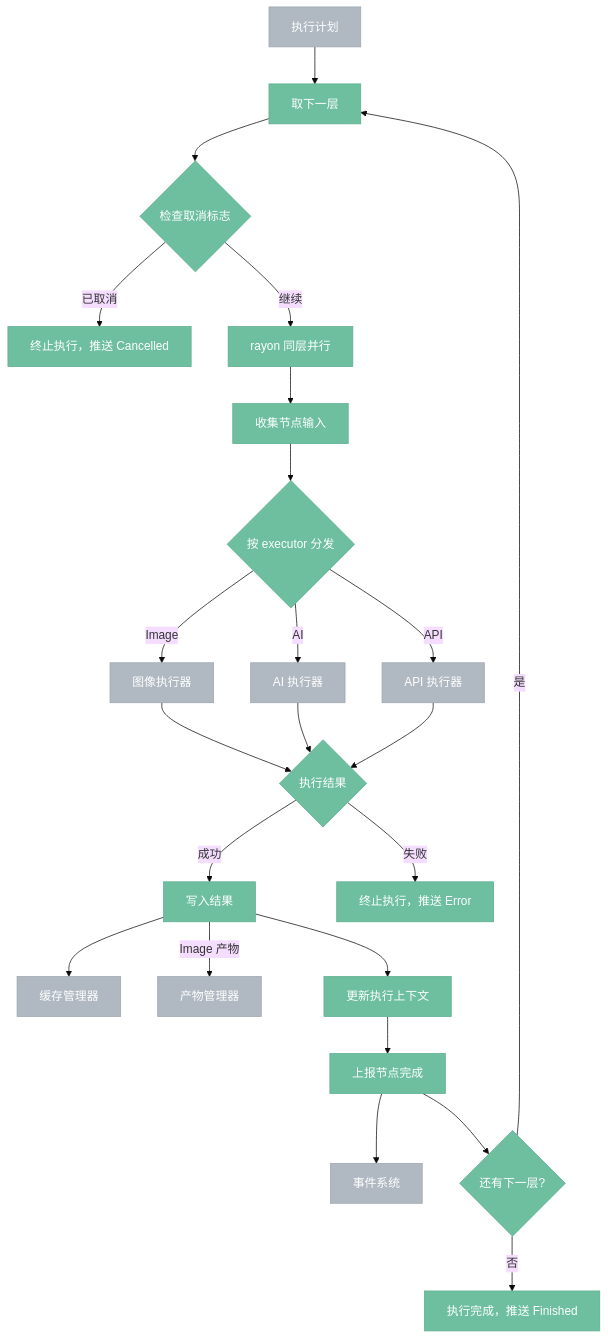
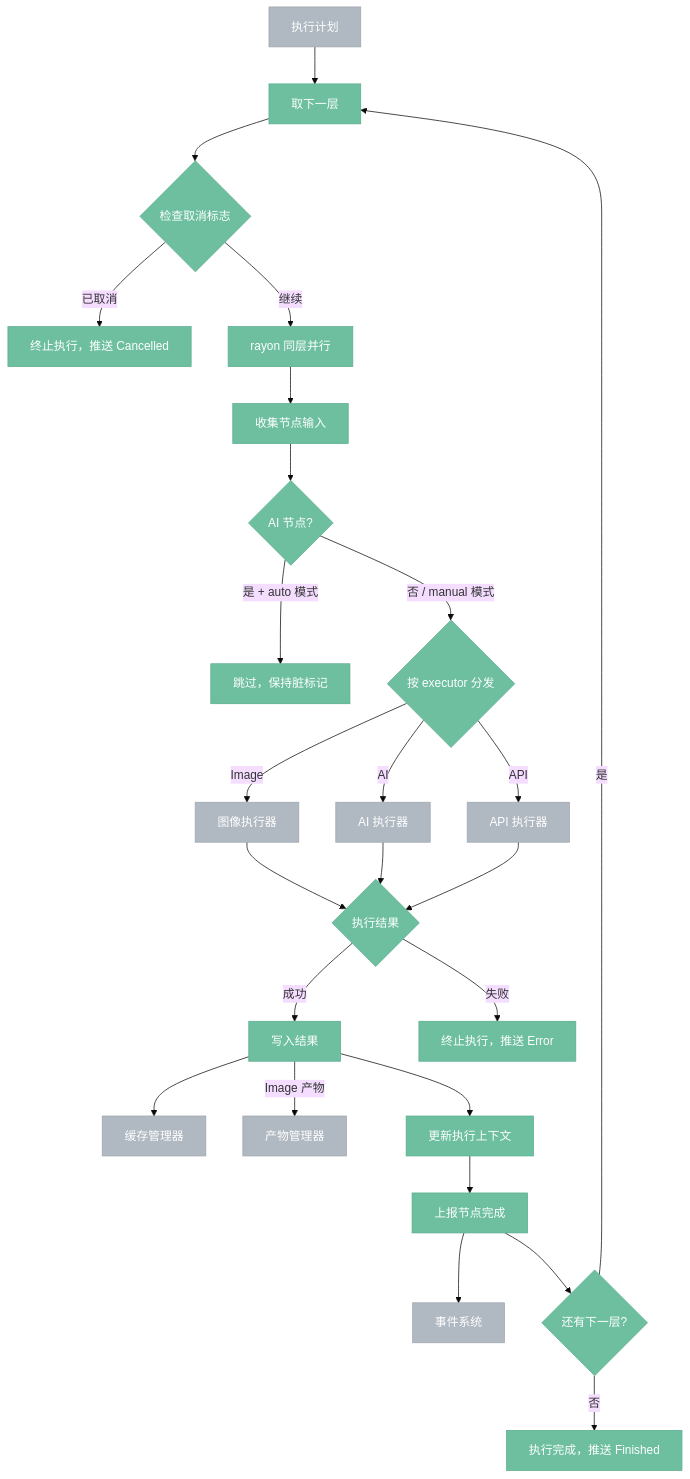
One commit to aporicho/nodeimg changed the fourth of 5 diagrams in docs/targetv3/401-scheduler.md. Above: the diagram before and after it, drawn with Mermaid (base theme). The commit also changed other lines of this file and 3 other files, not shown here.

````diff
--- a/docs/targetv3/401-scheduler.md
+++ b/docs/targetv3/401-scheduler.md
@@ -91,37 +93,39 @@
 ```mermaid
 %%{ init: { 'flowchart': { 'curve': 'basis' } } }%%
 flowchart TB
     classDef internal fill:#6DBFA0,stroke:#5BAD8E,color:#fff
     classDef external fill:#B0B8C1,stroke:#9EA6AF,color:#fff
 
     计划["执行计划"]:::external --> 取层["取下一层"]:::internal
 
     取层 --> 检查取消{"检查取消标志"}:::internal
     检查取消 -->|"已取消"| 终止["终止执行，推送 Cancelled"]:::internal
     检查取消 -->|"继续"| 并行["rayon 同层并行"]:::internal
 
     并行 --> 收集输入["收集节点输入"]:::internal
-    收集输入 --> 分发{"按 executor 分发"}:::internal
+    收集输入 --> 是否AI{"AI 节点?"}:::internal
+    是否AI -->|"是 + auto 模式"| 跳过["跳过，保持脏标记"]:::internal
+    是否AI -->|"否 / manual 模式"| 分发{"按 executor 分发"}:::internal
 
     分发 -->|"Image"| 图像执行器["图像执行器"]:::external
     分发 -->|"AI"| AI执行器["AI 执行器"]:::external
     分发 -->|"API"| API执行器["API 执行器"]:::external
 
     图像执行器 --> 结果判断{"执行结果"}:::internal
     AI执行器 --> 结果判断
     API执行器 --> 结果判断
 
     结果判断 -->|"成功"| 写结果["写入结果"]:::internal
     结果判断 -->|"失败"| 错误终止["终止执行，推送 Error"]:::internal
 
     写结果 --> 缓存["缓存管理器"]:::external
     写结果 -->|"Image 产物"| 产物["产物管理器"]:::external
     写结果 --> 上下文["更新执行上下文"]:::internal
 
     上下文 --> 进度["上报节点完成"]:::internal
     进度 --> 事件["事件系统"]:::external
 
     进度 --> 还有层{"还有下一层?"}:::internal
     还有层 -->|"是"| 取层
     还有层 -->|"否"| 完成["执行完成，推送 Finished"]:::internal
 ```
````
